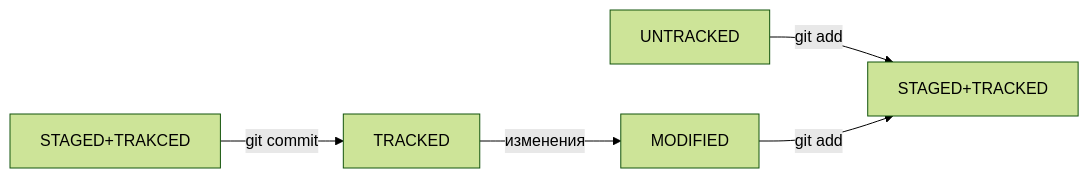
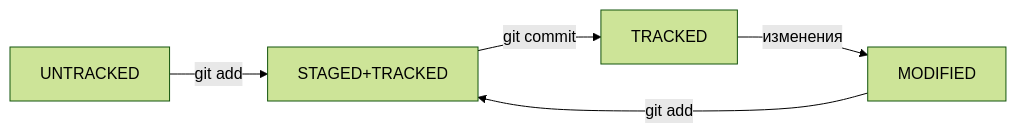
Before and after one commit to myakunovre/Git-for-World: the diagram in README.md, drawn with Mermaid (forest theme).

Commit message:
Исправить опечатки в слове TRACKED в коде схемы mermaid

````diff
--- a/README.md
+++ b/README.md
@@ -183,7 +183,7 @@
 ```mermaid
 graph LR;
     UNTRACKED--"git add"-->STAGED+TRACKED;
     MODIFIED--"git add"-->STAGED+TRACKED;
-    STAGED+TRAKCED--"git commit"-->TRACKED;
+    STAGED+TRACKED--"git commit"-->TRACKED;
     TRACKED--"изменения"-->MODIFIED;
 ```
````
